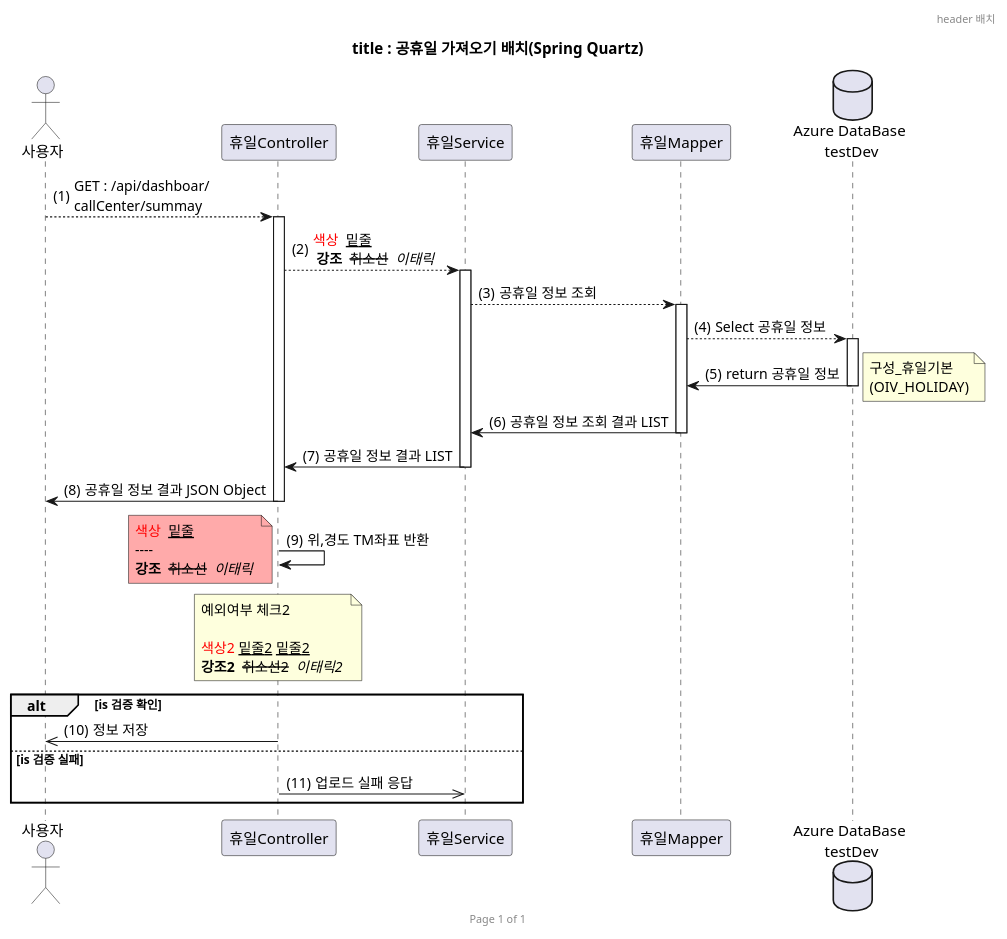
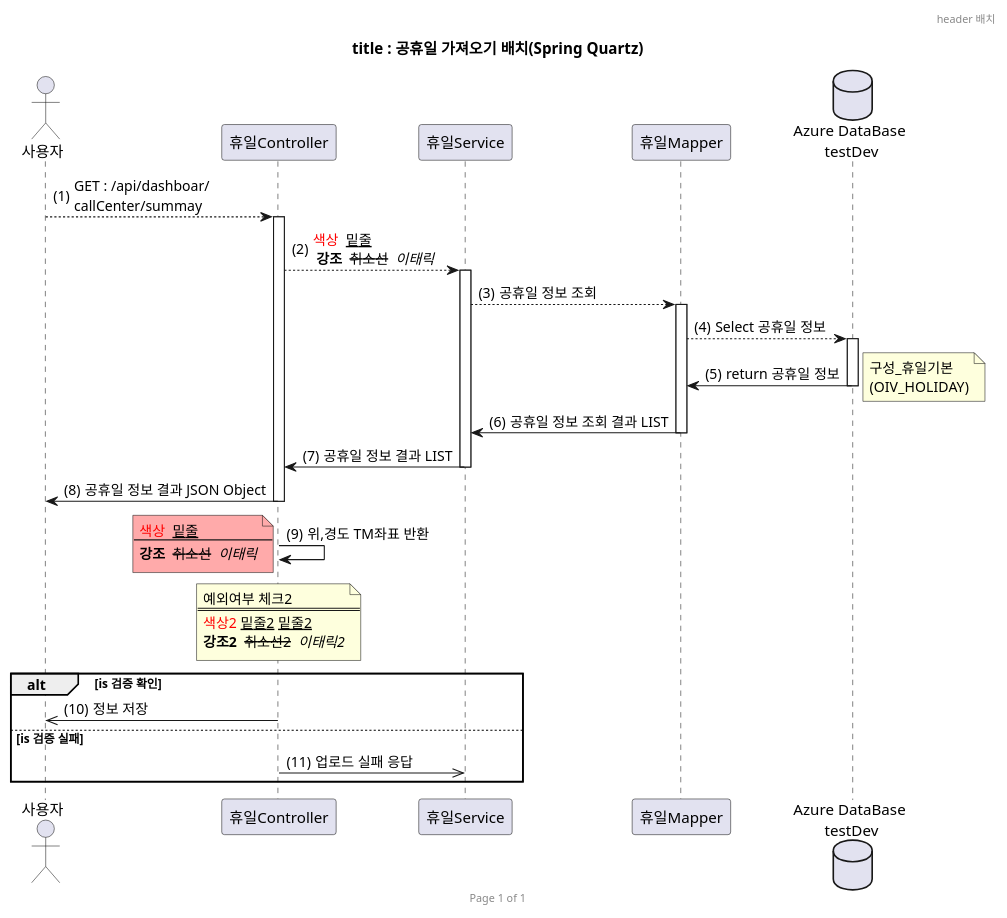
Before and after one commit to supekss/fiori01: the second of 6 diagrams in 문서테스트_v0.3.md, drawn with PlantUML. The commit also changed other lines of this file and 2 other files, not shown here.

````diff
--- a/문서테스트_v0.3.md
+++ b/문서테스트_v0.3.md
@@ -599,76 +625,75 @@
 ```plantuml
 
 @startuml
-header header 배치 
+header header 배치
 footer Page %page% of %lastpage%
 title "title : 공휴일 가져오기 배치(Spring Quartz)"
 
 autonumber "(0)"
 actor "사용자"
 participant "사용자" order 10
-participant "휴일Controller" order 20
+participant "휴일Controller" as 휴일Controller order 20
 participant "휴일Service" order 30
 participant "휴일Mapper" order 40
 database "Azure DataBase\n testDev" order 50
 participant "Azure DataBase\n testDev" order 50
 
 
-actor "사용자"
 "사용자" --> "휴일Controller" :  GET : /api/dashboar/\ncallCenter/summay
 '"휴일Controller" --> "휴일Service" :  선언
 '"휴일Controller" --> "휴일Service" :  선언
 
 'database "Azure DataBase\n testDev"
 '"휴일Service" --> "Azure DataBase\n testDev" : 선언
 
 activate "휴일Controller"
-"휴일Controller" -->  "휴일Service" :    <color:red>색상</color>  __밑줄__ \n **강조**  --취소선--  //이태릭// 
+"휴일Controller" -->  "휴일Service" :    <color:red>색상</color>  __밑줄__ \n **강조**  --취소선--  //이태릭//
 
 activate "휴일Service"
 "휴일Service" -->  "휴일Mapper" : 공휴일 정보 조회
 
 activate "휴일Mapper"
 "휴일Mapper" -->  "Azure DataBase\n testDev" : Select 공휴일 정보
 
 activate "Azure DataBase\n testDev"
 "Azure DataBase\n testDev" -> "휴일Mapper"   : return 공휴일 정보
 note right : 구성_휴일기본\n(OIV_HOLIDAY)
 deactivate "Azure DataBase\n testDev"
 
 "휴일Mapper" ->  "휴일Service" : 공휴일 정보 조회 결과 LIST
 deactivate "휴일Mapper"
 
 "휴일Service" ->  "휴일Controller" : 공휴일 정보 결과 LIST
 deactivate "휴일Service"
 
 "휴일Controller" ->  "사용자" : 공휴일 정보 결과 JSON Object
 deactivate "휴일Controller"
 
 
 
 
 "휴일Controller" ->  "휴일Controller" : 위,경도 TM좌표 반환
 
 note left  #FFAAAA
-<color:red>색상</color>  __밑줄__   
----- 
-**강조**  --취소선--  //이태릭// 
-end note 
+<color:red>색상</color>  __밑줄__
+----
+**강조**  --취소선--  //이태릭//
+end note
 
 
-note over 휴일Controller 
-    예외여부 체크2 
-    ==== 
-    <color:red>색상2</color> __밑줄2__ <u>밑줄2</u>  
-    **강조2**  --취소선2--  //이태릭2// 
-end note 
+note over 휴일Controller
+    예외여부 체크2
+    ====
+    <color:red>색상2</color> __밑줄2__ <u>밑줄2</u>
+    **강조2**  --취소선2--  //이태릭2//
+end note
 
 alt is 검증 확인
     "휴일Controller"  ->> "사용자": 정보 저장
 else is 검증 실패
     "휴일Controller"  ->> "휴일Service": 업로드 실패 응답
 end
 
 
 @enduml
 ```
````
